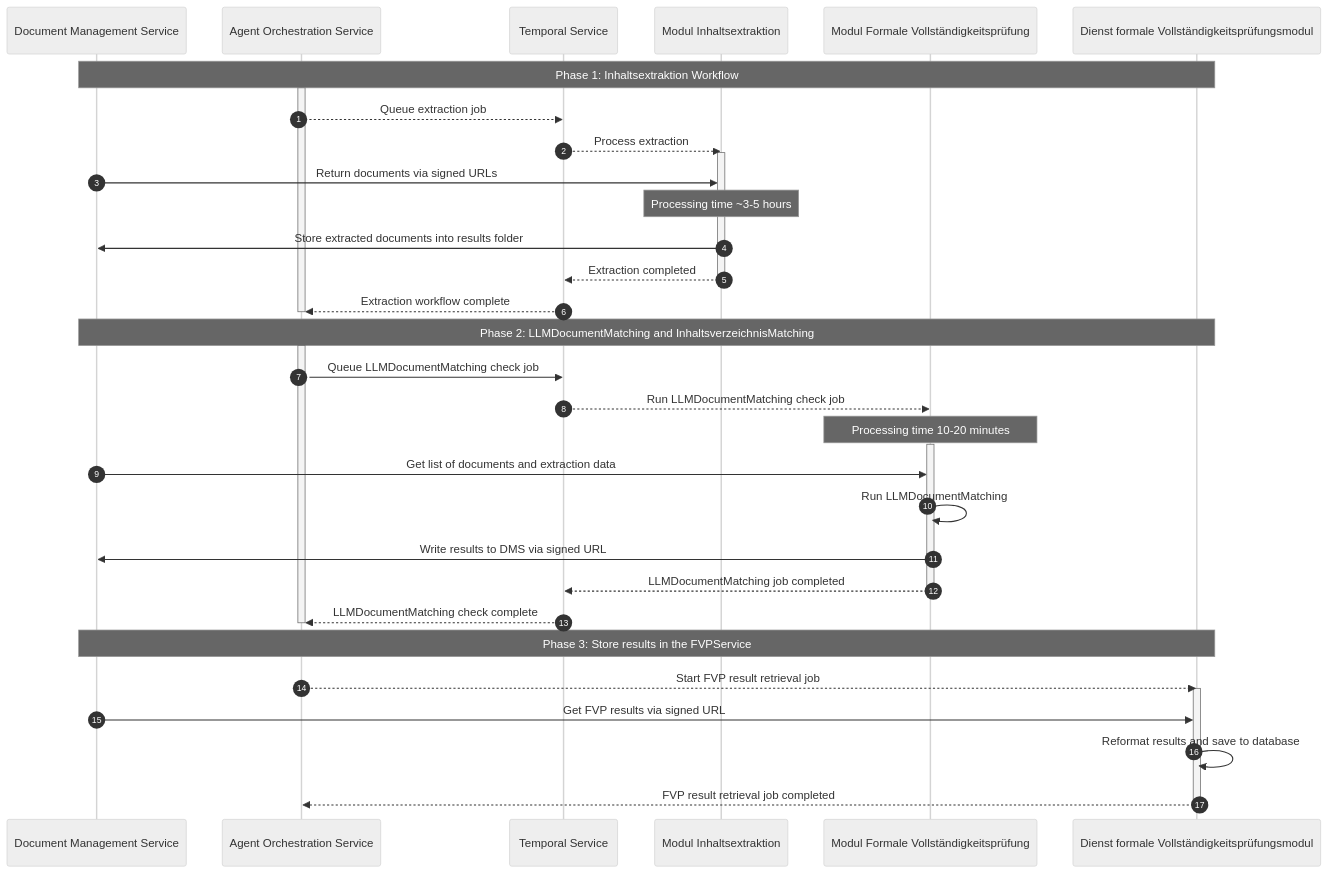
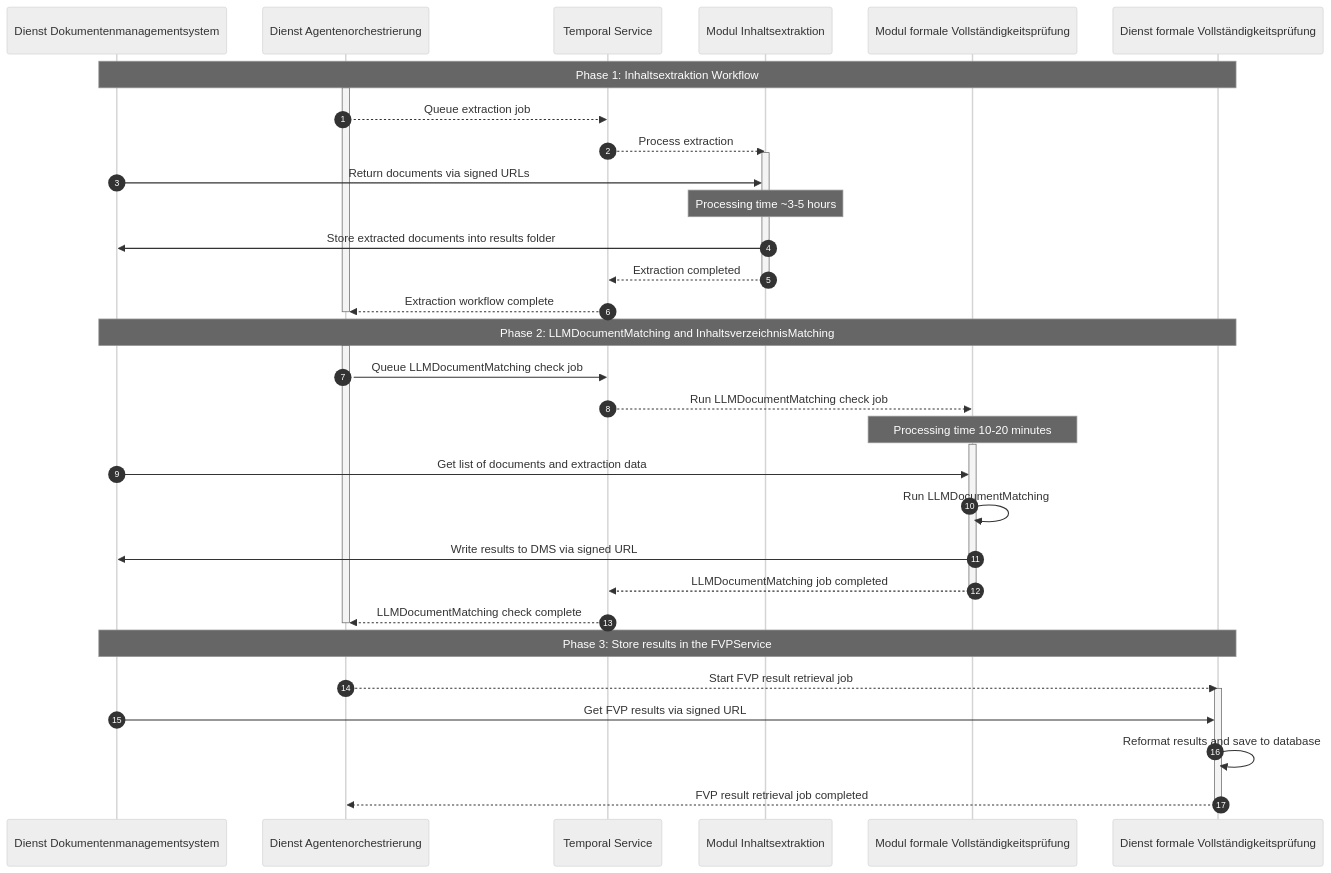
One commit to ROBROICH/spark-azure-deploy changed the diagram in 05-modulcluster/modul-formale-pruefung/README.md. Above: the diagram before and after it, drawn with Mermaid (neutral theme). The commit also changed other lines of this file and 4373 other files, not shown here.

````diff
--- a/05-modulcluster/modul-formale-pruefung/README.md
+++ b/05-modulcluster/modul-formale-pruefung/README.md
@@ -44,45 +45,45 @@
 ```mermaid
 sequenceDiagram
     autonumber
-    participant DMS as Document Management Service
-    participant AOS as Agent Orchestration Service
+    participant DMS as Dienst Dokumentenmanagementsystem
+    participant AOS as Dienst Agentenorchestrierung
     participant Temporal as Temporal Service
     participant ExtractionAgent as Modul Inhaltsextraktion
-    participant FVPAgent as Modul Formale Vollständigkeitsprüfung
-    participant FVPService as Dienst formale Vollständigkeitsprüfungsmodul
+    participant FVPAgent as Modul formale Vollständigkeitsprüfung
+    participant FVPService as Dienst formale Vollständigkeitsprüfung
 
     Note over DMS,FVPService: Phase 1: Inhaltsextraktion Workflow
     activate AOS
     AOS-->>Temporal: Queue extraction job
     Temporal-->>ExtractionAgent: Process extraction
     activate ExtractionAgent
     DMS->>ExtractionAgent: Return documents via signed URLs
     Note over ExtractionAgent: Processing time ~3-5 hours
     ExtractionAgent->>DMS: Store extracted documents into results folder
     ExtractionAgent-->>Temporal: Extraction completed
     deactivate ExtractionAgent
     Temporal-->>AOS: Extraction workflow complete
     deactivate AOS
 
     Note over DMS,FVPService: Phase 2: LLMDocumentMatching and InhaltsverzeichnisMatching
     activate AOS
     AOS->>Temporal: Queue LLMDocumentMatching check job
     Temporal-->>FVPAgent: Run LLMDocumentMatching check job
     Note over FVPAgent: Processing time 10-20 minutes
     activate FVPAgent
     DMS->>FVPAgent: Get list of documents and extraction data
     FVPAgent->>FVPAgent: Run LLMDocumentMatching
     FVPAgent->>DMS: Write results to DMS via signed URL
     FVPAgent-->>Temporal: LLMDocumentMatching job completed
     deactivate FVPAgent
     Temporal-->>AOS: LLMDocumentMatching check complete
     deactivate AOS
 
     Note over DMS,FVPService: Phase 3: Store results in the FVPService
     AOS-->>FVPService: Start FVP result retrieval job
     activate FVPService
     DMS->>FVPService: Get FVP results via signed URL
     FVPService->>FVPService: Reformat results and save to database
     FVPService-->>AOS: FVP result retrieval job completed
     deactivate FVPService
 ```
````
